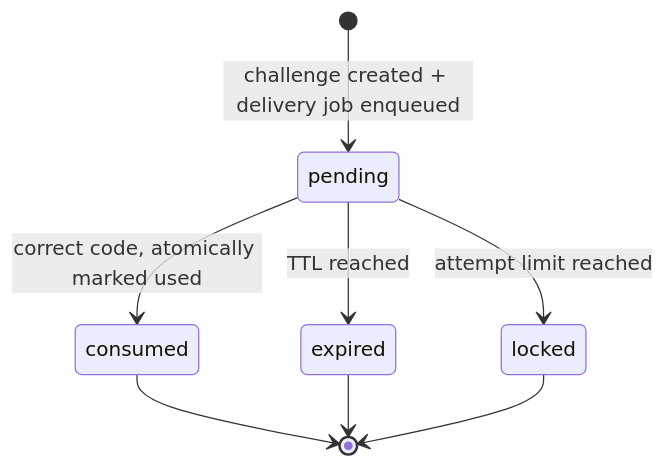
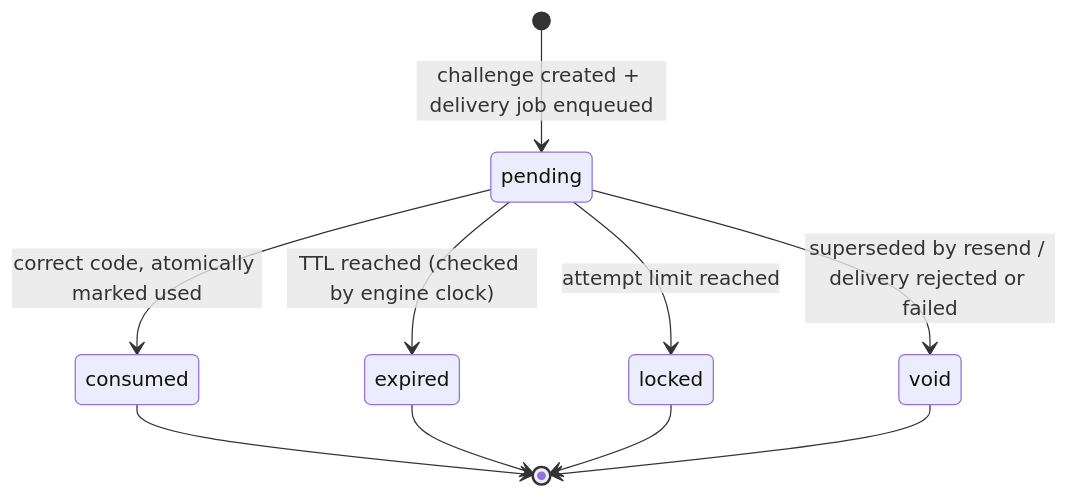
Before and after one commit to rushi1105/custom-OTP-system: the second of 2 diagrams in docs/OTP_INFRASTRUCTURE_MASTER_ROADMAP.md, drawn with Mermaid. The commit also changed other lines of this file and 48 other files, not shown here.

````diff
--- a/docs/OTP_INFRASTRUCTURE_MASTER_ROADMAP.md
+++ b/docs/OTP_INFRASTRUCTURE_MASTER_ROADMAP.md
@@ -225,10 +239,12 @@
 ```mermaid
 stateDiagram-v2
   [*] --> pending: challenge created + delivery job enqueued
   pending --> consumed: correct code, atomically marked used
-  pending --> expired: TTL reached
+  pending --> expired: TTL reached (checked by engine clock)
   pending --> locked: attempt limit reached
+  pending --> void: superseded by resend / delivery rejected or failed
   consumed --> [*]
   expired --> [*]
   locked --> [*]
+  void --> [*]
 ```
````
